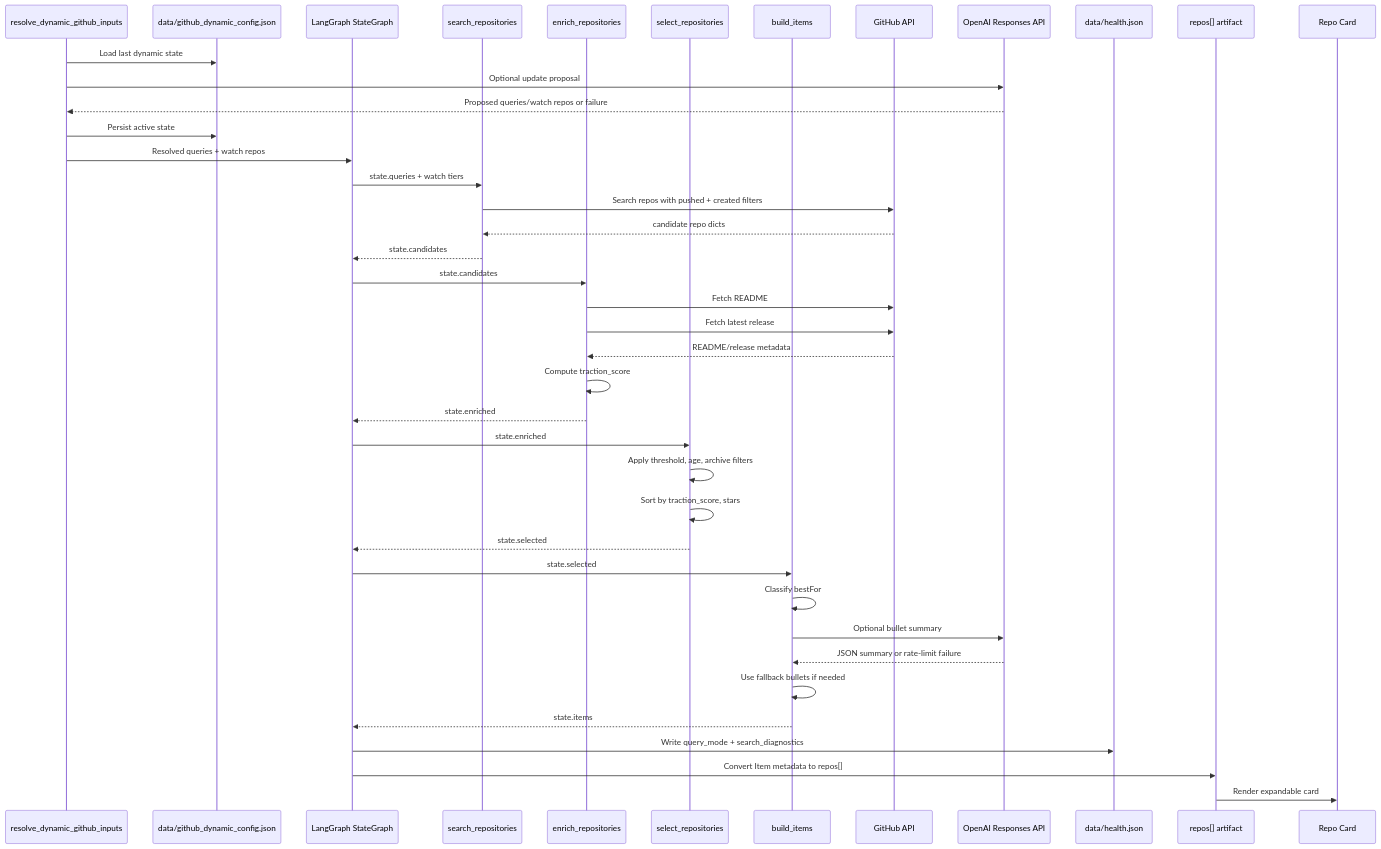
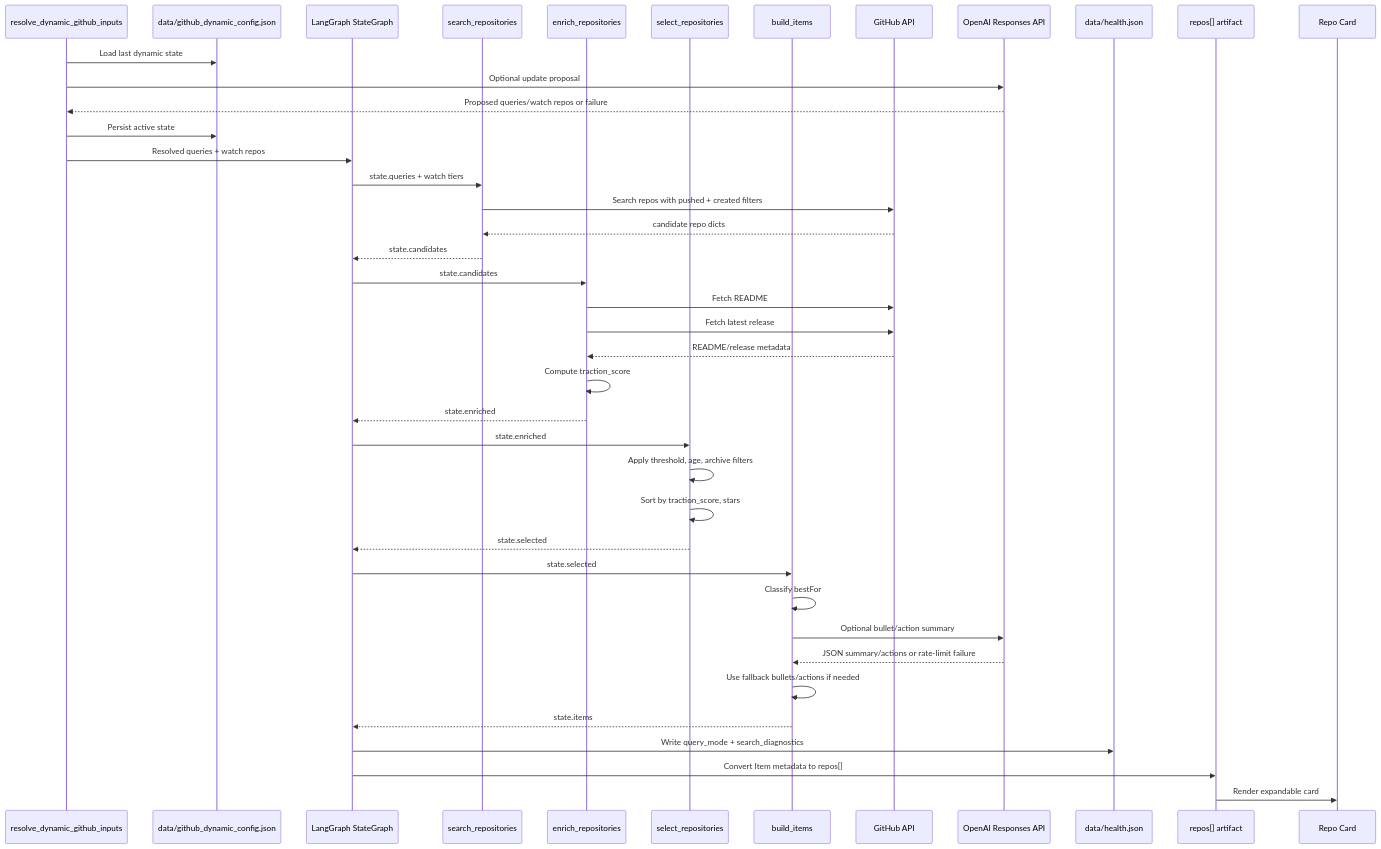
Before and after one commit to AjinkyaPawale1/ai-news-artifact: the fifth of 5 diagrams in docs/github-agent-architecture.md, drawn with Mermaid. The commit also changed other lines of this file and 22 other files, not shown here.

````diff
--- a/docs/github-agent-architecture.md
+++ b/docs/github-agent-architecture.md
@@ -513,44 +526,44 @@
 ```mermaid
 sequenceDiagram
     participant Resolver as resolve_dynamic_github_inputs
     participant Store as data/github_dynamic_config.json
     participant Graph as LangGraph StateGraph
     participant Search as search_repositories
     participant Enrich as enrich_repositories
     participant Select as select_repositories
     participant Build as build_items
     participant GH as GitHub API
     participant OAI as OpenAI Responses API
     participant Health as data/health.json
     participant Artifact as repos[] artifact
     participant UI as Repo Card
 
     Resolver->>Store: Load last dynamic state
     Resolver->>OAI: Optional update proposal
     OAI-->>Resolver: Proposed queries/watch repos or failure
     Resolver->>Store: Persist active state
     Resolver->>Graph: Resolved queries + watch repos
     Graph->>Search: state.queries + watch tiers
     Search->>GH: Search repos with pushed + created filters
     GH-->>Search: candidate repo dicts
     Search-->>Graph: state.candidates
     Graph->>Enrich: state.candidates
     Enrich->>GH: Fetch README
     Enrich->>GH: Fetch latest release
     GH-->>Enrich: README/release metadata
     Enrich->>Enrich: Compute traction_score
     Enrich-->>Graph: state.enriched
     Graph->>Select: state.enriched
     Select->>Select: Apply threshold, age, archive filters
     Select->>Select: Sort by traction_score, stars
     Select-->>Graph: state.selected
     Graph->>Build: state.selected
     Build->>Build: Classify bestFor
-    Build->>OAI: Optional bullet summary
-    OAI-->>Build: JSON summary or rate-limit failure
-    Build->>Build: Use fallback bullets if needed
+    Build->>OAI: Optional bullet/action summary
+    OAI-->>Build: JSON summary/actions or rate-limit failure
+    Build->>Build: Use fallback bullets/actions if needed
     Build-->>Graph: state.items
     Graph->>Health: Write query_mode + search_diagnostics
     Graph->>Artifact: Convert Item metadata to repos[]
     Artifact->>UI: Render expandable card
 ```
````
